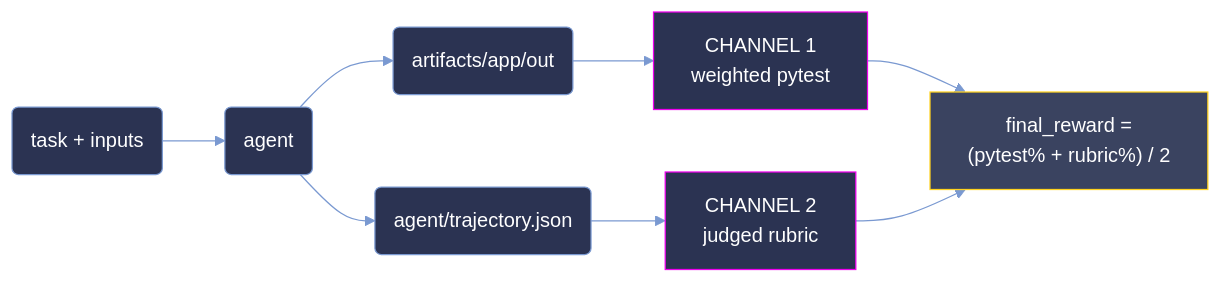
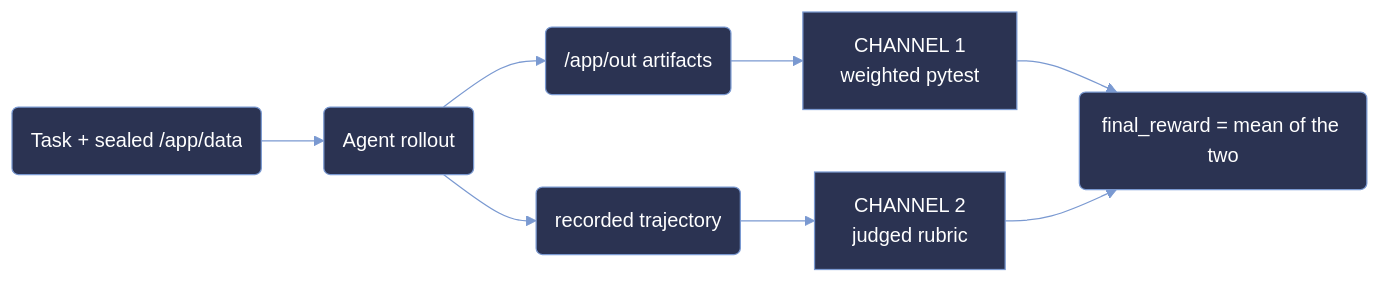
One commit to EtharaOrion/anubis-samples changed the diagram in README.md. Above: the diagram before and after it, drawn with Mermaid. The commit also changed other lines of this file and 1195 other files, not shown here.

````diff
--- a/README.md
+++ b/README.md
@@ -280,17 +258,14 @@
 ```mermaid
-%%{init: {'theme':'base','themeVariables':{'primaryColor':'#2b3352','primaryTextColor':'#ffffff','primaryBorderColor':'#7a99d1','lineColor':'#7a99d1','fontFamily':'DM Sans, Roboto, Segoe UI, sans-serif'}}}%%
+%%{init: {"theme":"base","themeVariables":{"primaryColor":"#2b3352","primaryTextColor":"#ffffff","primaryBorderColor":"#7a99d1","lineColor":"#7a99d1","fontFamily":"DM Sans, Roboto, Segoe UI, sans-serif"}}}%%
 flowchart LR
-  A(task + inputs) --> B(agent)
-  B --> C(artifacts/app/out)
-  B --> D(agent/trajectory.json)
-  C --> E["CHANNEL 1<br/>weighted pytest"]
-  D --> F["CHANNEL 2<br/>judged rubric"]
-  E --> G["final_reward =<br/>(pytest% + rubric%) / 2"]
-  F --> G
+  A(Task + sealed /app/data) --> B(Agent rollout)
+  B --> C(/app/out artifacts)
+  B --> T(recorded trajectory)
+  C --> D[CHANNEL 1<br/>weighted pytest]
+  T --> E[CHANNEL 2<br/>judged rubric]
+  D --> F(final_reward = mean of the two)
+  E --> F
   classDef sealed fill:#2b3352,stroke:#ee00ee,color:#fff
   classDef node fill:#2b3352,stroke:#7a99d1,color:#fff
-  classDef side fill:#3a4360,stroke:#FFD21F,color:#fff
-  class A,B,C,D node
-  class E,F sealed
-  class G side
+  class A,B,C,T,D,E,F node
 ```
````
